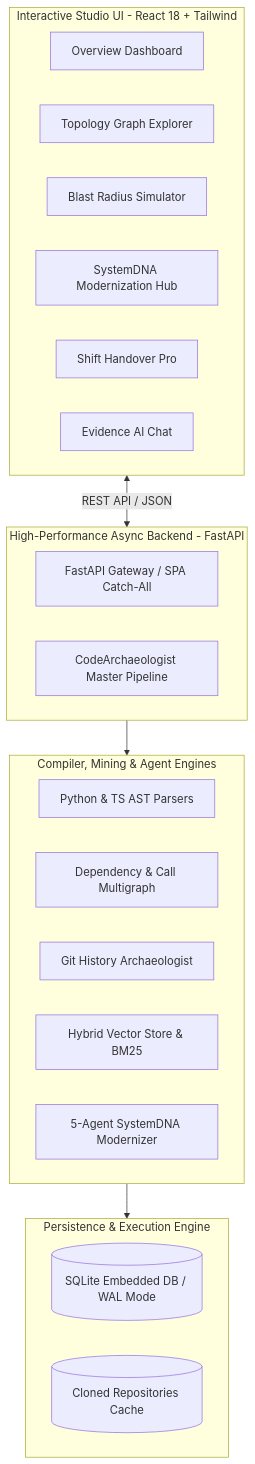
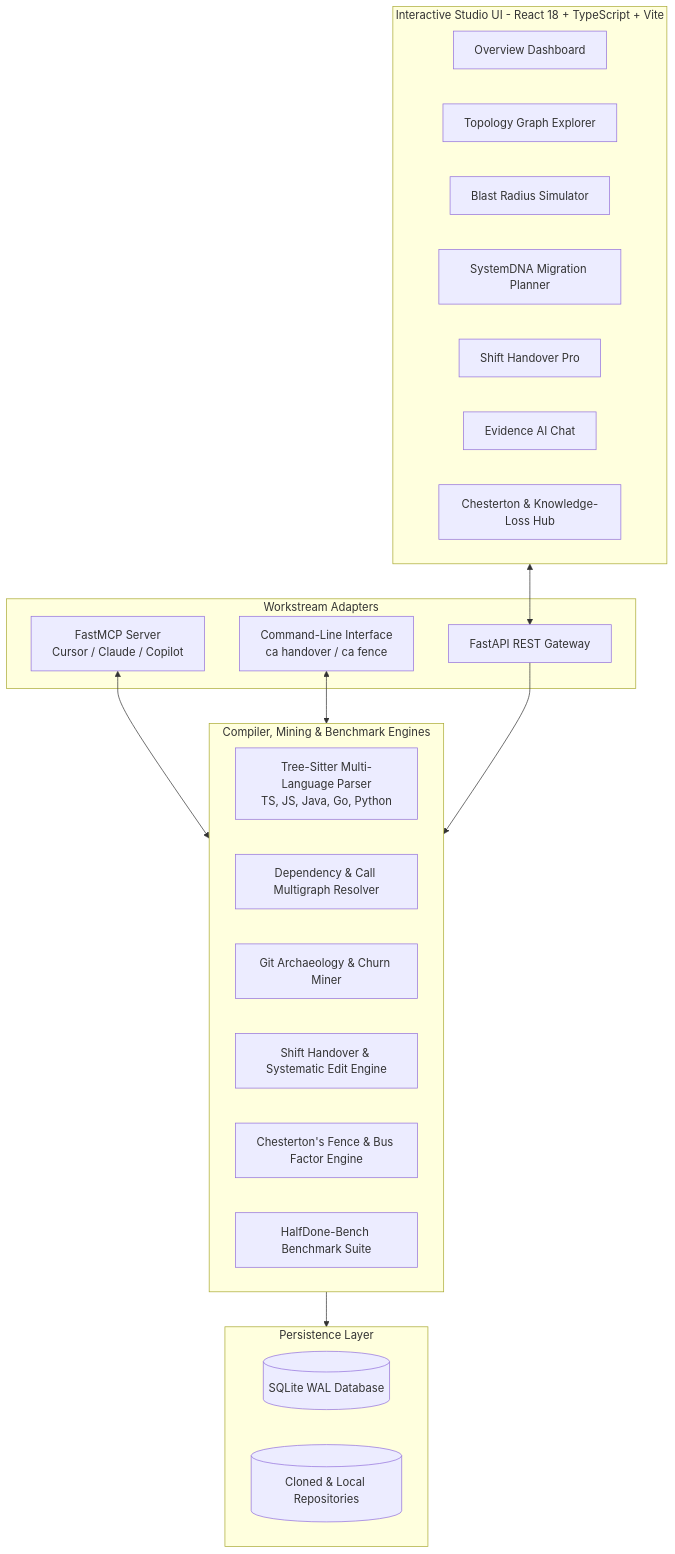
The second of 2 diagrams in README.md (PanatiNitesh/codearchaeologist-studio), drawn with Mermaid before and after one commit. The commit also changed other lines of this file and 25 other files, not shown here.

Commit message:
feat(datanova): Tree-Sitter AST multilang compiler, live Git shift handover with broken contract callers, HalfDone-Bench benchmark, Chesterton's fence, FastMCP server, and CLI

````diff
--- a/README.md
+++ b/README.md
@@ -175,33 +272,38 @@
 ```mermaid
 graph TB
-    subgraph Client_Layer [Interactive Studio UI - React 18 + Tailwind]
+    subgraph Client_Layer [Interactive Studio UI - React 18 + TypeScript + Vite]
         UI1[Overview Dashboard]
         UI2[Topology Graph Explorer]
         UI3[Blast Radius Simulator]
-        UI4[SystemDNA Modernization Hub]
+        UI4[SystemDNA Migration Planner]
         UI5[Shift Handover Pro]
         UI6[Evidence AI Chat]
+        UI7[Chesterton & Knowledge-Loss Hub]
     end
 
-    subgraph Server_Layer [High-Performance Async Backend - FastAPI]
-        API[FastAPI Gateway / SPA Catch-All]
-        Pipe[CodeArchaeologist Master Pipeline]
+    subgraph Interface_Adapters [Workstream Adapters]
+        MCP[FastMCP Server<br/>Cursor / Claude / Copilot]
+        CLI[Command-Line Interface<br/>ca handover / ca fence]
+        REST[FastAPI REST Gateway]
     end
 
-    subgraph Core_Engines [Compiler, Mining & Agent Engines]
-        AST[Python & TS AST Parsers]
-        Topo[Dependency & Call Multigraph]
-        Miner[Git History Archaeologist]
-        Vec[Hybrid Vector Store & BM25]
-        DNA[5-Agent SystemDNA Modernizer]
+    subgraph Core_Engines [Compiler, Mining & Benchmark Engines]
+        AST[Tree-Sitter Multi-Language Parser<br/>TS, JS, Java, Go, Python]
+        Topo[Dependency & Call Multigraph Resolver]
+        Miner[Git Archaeology & Churn Miner]
+        Handover[Shift Handover & Systematic Edit Engine]
+        Fence[Chesterton's Fence & Bus Factor Engine]
+        Bench[HalfDone-Bench Benchmark Suite]
     end
 
-    subgraph Storage_Layer [Persistence & Execution Engine]
-        DB[(SQLite Embedded DB / WAL Mode)]
-        GitRepo[(Cloned Repositories Cache)]
+    subgraph Storage_Layer [Persistence Layer]
+        DB[(SQLite WAL Database)]
+        GitCache[(Cloned & Local Repositories)]
     end
 
-    Client_Layer <-->|REST API / JSON| Server_Layer
-    Server_Layer --> Core_Engines
+    Client_Layer <--> REST
+    MCP <--> Core_Engines
+    CLI <--> Core_Engines
+    REST --> Core_Engines
     Core_Engines --> Storage_Layer
 ```
````
